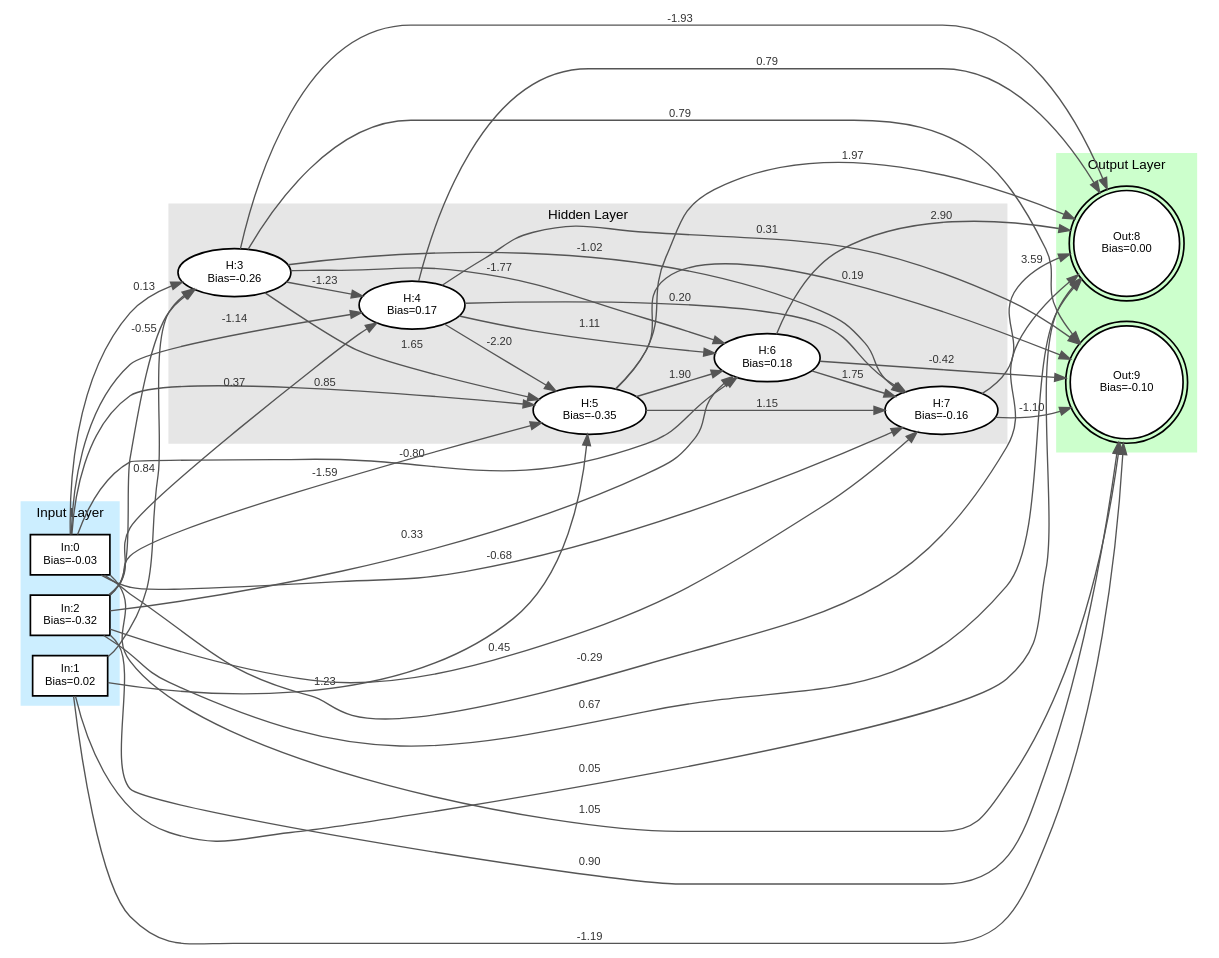
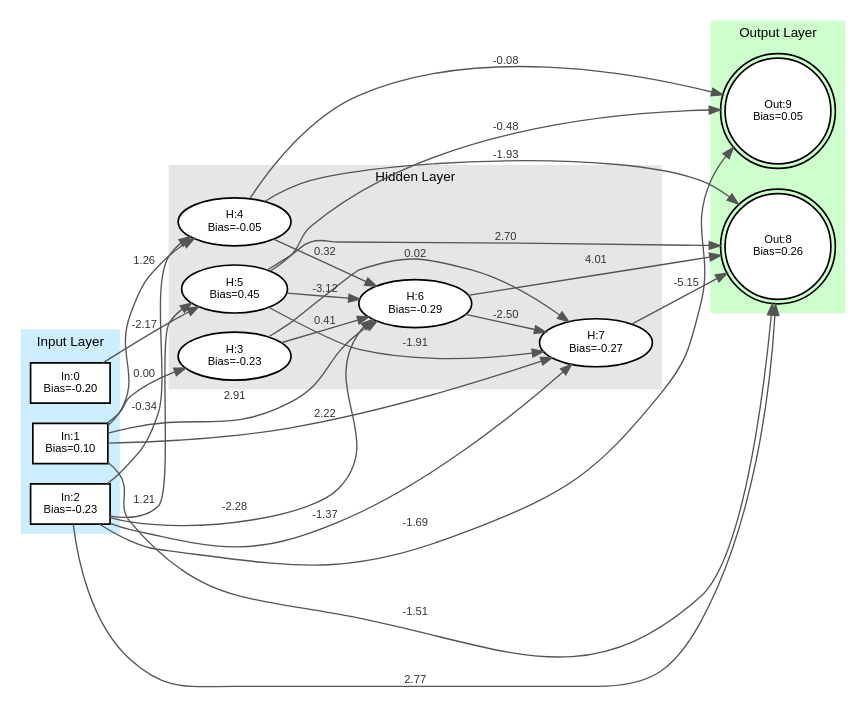
One commit to Apoxtrophe/MiNET_AI changed the diagram in best_network.dot. Above: the diagram before and after it, drawn with Graphviz. The commit also changed 1 other file, not shown here.

```diff
--- a/best_network.dot
+++ b/best_network.dot
@@ -1,87 +1,73 @@
 digraph Minet {
     // Use left-to-right orientation
     rankdir=LR;
     graph [layout=dot, fontname="Helvetica", fontsize=12];
     node [fontname="Helvetica", fontsize=10];
     edge [fontname="Helvetica", fontsize=10];
 
     subgraph cluster_inputs {
         style=filled;
         color="#cceeff";
         penwidth=1.5;
         label="Input Layer";
         labelloc="top";
         labeljust="center";
         rank=same;
-        neuron_0 [shape=box, style=filled, fillcolor=white, penwidth=1.5, label="In:0\nBias=-0.03"];
-        neuron_1 [shape=box, style=filled, fillcolor=white, penwidth=1.5, label="In:1\nBias=0.02"];
-        neuron_2 [shape=box, style=filled, fillcolor=white, penwidth=1.5, label="In:2\nBias=-0.32"];
+        neuron_0 [shape=box, style=filled, fillcolor=white, penwidth=1.5, label="In:0\nBias=-0.20"];
+        neuron_1 [shape=box, style=filled, fillcolor=white, penwidth=1.5, label="In:1\nBias=0.10"];
+        neuron_2 [shape=box, style=filled, fillcolor=white, penwidth=1.5, label="In:2\nBias=-0.23"];
     }
 
     subgraph cluster_hidden {
         style=filled;
         color="#e6e6e6";
         penwidth=1.5;
         label="Hidden Layer";
         labelloc="top";
         labeljust="center";
-        neuron_3 [shape=ellipse, style=filled, fillcolor=white, penwidth=1.5, label="H:3\nBias=-0.26"];
-        neuron_4 [shape=ellipse, style=filled, fillcolor=white, penwidth=1.5, label="H:4\nBias=0.17"];
-        neuron_5 [shape=ellipse, style=filled, fillcolor=white, penwidth=1.5, label="H:5\nBias=-0.35"];
-        neuron_6 [shape=ellipse, style=filled, fillcolor=white, penwidth=1.5, label="H:6\nBias=0.18"];
-        neuron_7 [shape=ellipse, style=filled, fillcolor=white, penwidth=1.5, label="H:7\nBias=-0.16"];
+        neuron_3 [shape=ellipse, style=filled, fillcolor=white, penwidth=1.5, label="H:3\nBias=-0.23"];
+        neuron_4 [shape=ellipse, style=filled, fillcolor=white, penwidth=1.5, label="H:4\nBias=-0.05"];
+        neuron_5 [shape=ellipse, style=filled, fillcolor=white, penwidth=1.5, label="H:5\nBias=0.45"];
+        neuron_6 [shape=ellipse, style=filled, fillcolor=white, penwidth=1.5, label="H:6\nBias=-0.29"];
+        neuron_7 [shape=ellipse, style=filled, fillcolor=white, penwidth=1.5, label="H:7\nBias=-0.27"];
     }
 
     subgraph cluster_outputs {
         style=filled;
         color="#ccffcc";
         penwidth=1.5;
         label="Output Layer";
         labelloc="top";
         labeljust="center";
         rank=same;
-        neuron_8 [shape=doublecircle, style=filled, fillcolor=white, penwidth=1.5, label="Out:8\nBias=0.00"];
-        neuron_9 [shape=doublecircle, style=filled, fillcolor=white, penwidth=1.5, label="Out:9\nBias=-0.10"];
+        neuron_8 [shape=doublecircle, style=filled, fillcolor=white, penwidth=1.5, label="Out:8\nBias=0.26"];
+        neuron_9 [shape=doublecircle, style=filled, fillcolor=white, penwidth=1.5, label="Out:9\nBias=0.05"];
     }
 
     // Edges
     edge [color="#555555", penwidth=1.2];
-    neuron_0 -> neuron_3 [label="0.13", fontcolor="#333333"];
-    neuron_0 -> neuron_5 [label="0.85", fontcolor="#333333"];
-    neuron_0 -> neuron_6 [label="-0.80", fontcolor="#333333"];
-    neuron_0 -> neuron_4 [label="-1.14", fontcolor="#333333"];
-    neuron_0 -> neuron_7 [label="-0.68", fontcolor="#333333"];
-    neuron_0 -> neuron_8 [label="-0.29", fontcolor="#333333"];
-    neuron_0 -> neuron_9 [label="1.05", fontcolor="#333333"];
-    neuron_1 -> neuron_5 [label="1.23", fontcolor="#333333"];
-    neuron_1 -> neuron_3 [label="0.84", fontcolor="#333333"];
-    neuron_1 -> neuron_9 [label="-1.19", fontcolor="#333333"];
-    neuron_1 -> neuron_8 [label="0.05", fontcolor="#333333"];
-    neuron_2 -> neuron_5 [label="-1.59", fontcolor="#333333"];
-    neuron_2 -> neuron_3 [label="-0.55", fontcolor="#333333"];
-    neuron_2 -> neuron_8 [label="0.67", fontcolor="#333333"];
-    neuron_2 -> neuron_7 [label="0.45", fontcolor="#333333"];
-    neuron_2 -> neuron_6 [label="0.33", fontcolor="#333333"];
-    neuron_2 -> neuron_4 [label="0.37", fontcolor="#333333"];
-    neuron_2 -> neuron_9 [label="0.90", fontcolor="#333333"];
-    neuron_3 -> neuron_5 [label="1.65", fontcolor="#333333"];
-    neuron_3 -> neuron_4 [label="-1.23", fontcolor="#333333"];
-    neuron_3 -> neuron_8 [label="-1.93", fontcolor="#333333"];
-    neuron_3 -> neuron_6 [label="-1.77", fontcolor="#333333"];
-    neuron_3 -> neuron_7 [label="-1.02", fontcolor="#333333"];
-    neuron_3 -> neuron_9 [label="0.79", fontcolor="#333333"];
-    neuron_4 -> neuron_5 [label="-2.20", fontcolor="#333333"];
-    neuron_4 -> neuron_8 [label="0.79", fontcolor="#333333"];
-    neuron_4 -> neuron_6 [label="1.11", fontcolor="#333333"];
-    neuron_4 -> neuron_7 [label="0.20", fontcolor="#333333"];
-    neuron_4 -> neuron_9 [label="0.31", fontcolor="#333333"];
-    neuron_5 -> neuron_6 [label="1.90", fontcolor="#333333"];
-    neuron_5 -> neuron_7 [label="1.15", fontcolor="#333333"];
-    neuron_5 -> neuron_8 [label="1.97", fontcolor="#333333"];
-    neuron_5 -> neuron_9 [label="0.19", fontcolor="#333333"];
-    neuron_6 -> neuron_8 [label="2.90", fontcolor="#333333"];
-    neuron_6 -> neuron_7 [label="1.75", fontcolor="#333333"];
-    neuron_6 -> neuron_9 [label="-0.42", fontcolor="#333333"];
-    neuron_7 -> neuron_8 [label="3.59", fontcolor="#333333"];
-    neuron_7 -> neuron_9 [label="-1.10", fontcolor="#333333"];
+    neuron_0 -> neuron_5 [label="-2.17", fontcolor="#333333"];
+    neuron_1 -> neuron_6 [label="2.91", fontcolor="#333333"];
+    neuron_1 -> neuron_4 [label="1.26", fontcolor="#333333"];
+    neuron_1 -> neuron_7 [label="2.22", fontcolor="#333333"];
+    neuron_1 -> neuron_8 [label="-1.51", fontcolor="#333333"];
+    neuron_1 -> neuron_3 [label="0.00", fontcolor="#333333"];
+    neuron_2 -> neuron_6 [label="-2.28", fontcolor="#333333"];
+    neuron_2 -> neuron_5 [label="1.21", fontcolor="#333333"];
+    neuron_2 -> neuron_8 [label="2.77", fontcolor="#333333"];
+    neuron_2 -> neuron_7 [label="-1.37", fontcolor="#333333"];
+    neuron_2 -> neuron_9 [label="-1.69", fontcolor="#333333"];
+    neuron_2 -> neuron_4 [label="-0.34", fontcolor="#333333"];
+    neuron_3 -> neuron_6 [label="0.41", fontcolor="#333333"];
+    neuron_3 -> neuron_7 [label="0.02", fontcolor="#333333"];
+    neuron_4 -> neuron_8 [label="-1.93", fontcolor="#333333"];
+    neuron_4 -> neuron_6 [label="0.32", fontcolor="#333333"];
+    neuron_4 -> neuron_9 [label="-0.08", fontcolor="#333333"];
+    neuron_5 -> neuron_7 [label="-1.91", fontcolor="#333333"];
+    neuron_5 -> neuron_6 [label="-3.12", fontcolor="#333333"];
+    neuron_5 -> neuron_8 [label="2.70", fontcolor="#333333"];
+    neuron_5 -> neuron_9 [label="-0.48", fontcolor="#333333"];
+    neuron_6 -> neuron_8 [label="4.01", fontcolor="#333333"];
+    neuron_6 -> neuron_7 [label="-2.50", fontcolor="#333333"];
+    neuron_7 -> neuron_8 [label="-5.15", fontcolor="#333333"];
 }
```
